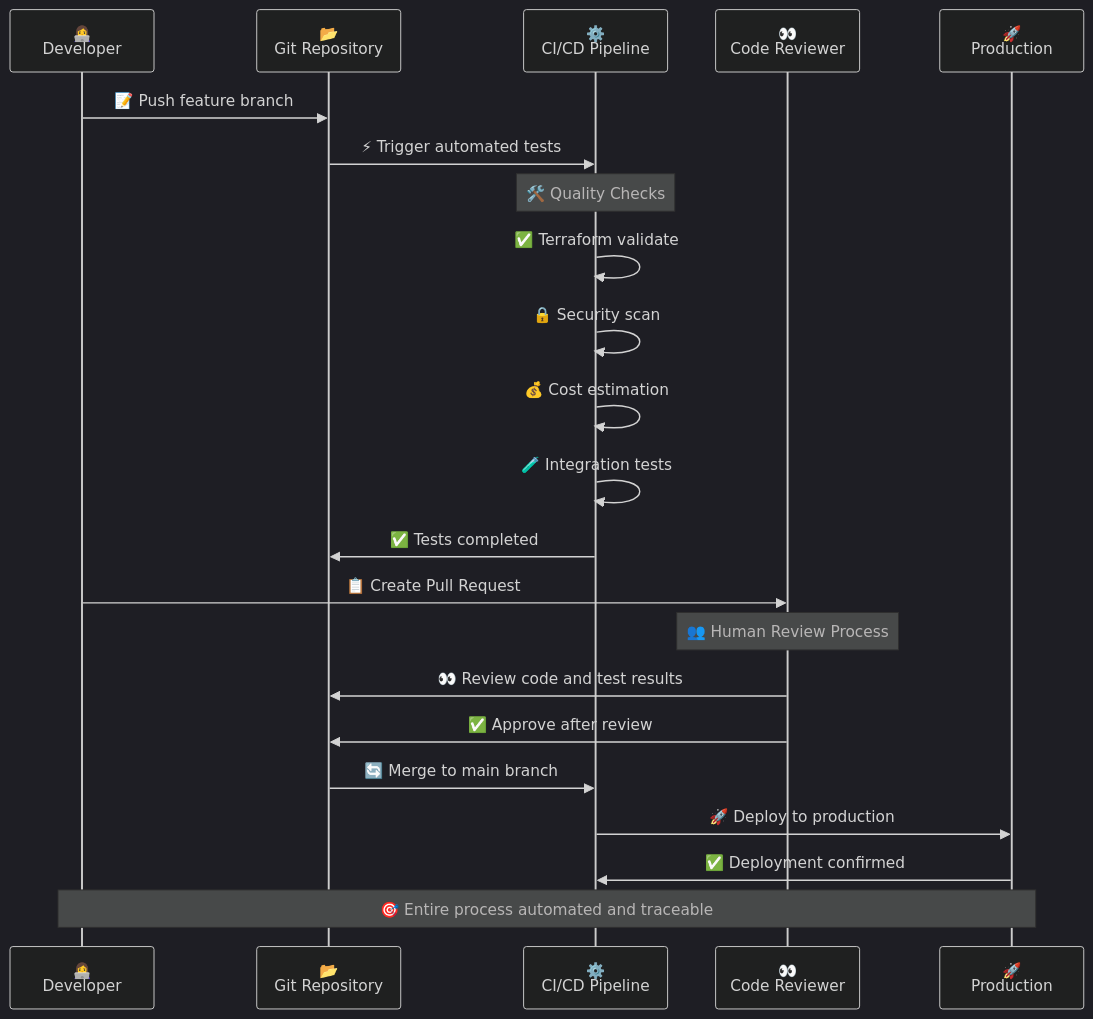
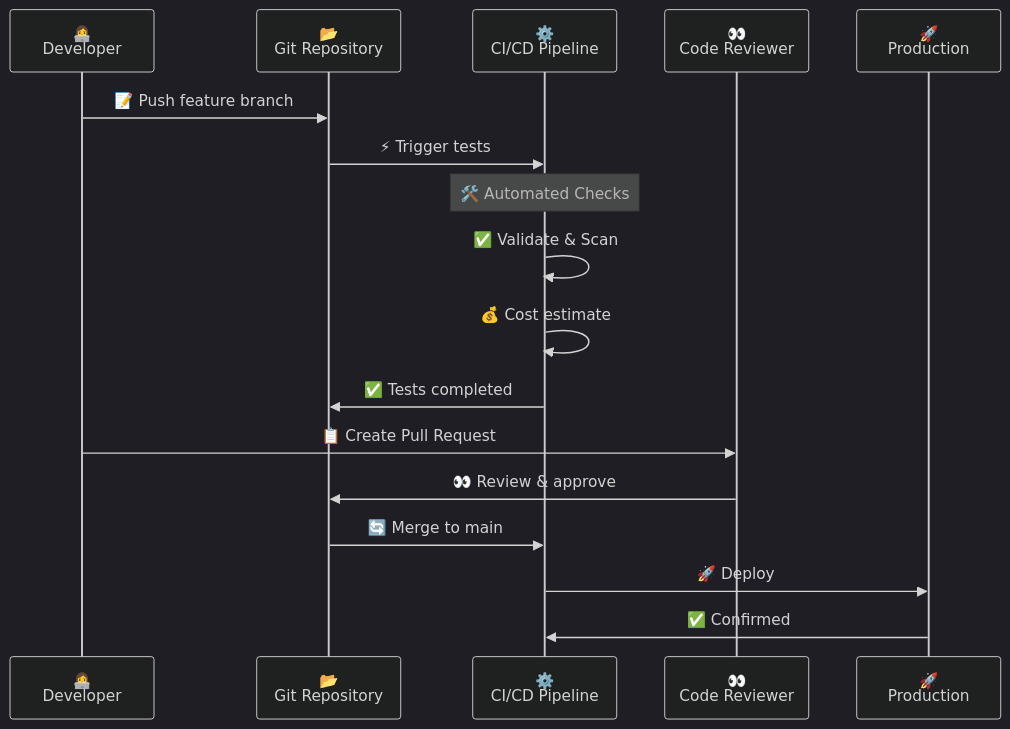
The diagram in docs/images/code_review_sequence.mmd (Geonitab/architecture_as_code), drawn with Mermaid (dark theme) before and after one commit. The commit also changed 36 other files, not shown here.

Commit message:
Split large diagrams to meet 15-element limit

```diff
--- a/docs/images/code_review_sequence.mmd
+++ b/docs/images/code_review_sequence.mmd
@@ -1,28 +1,22 @@
 sequenceDiagram
     participant Dev as 👩‍💻<br/>Developer
     participant Git as 📂<br/>Git Repository
     participant CI as ⚙️<br/>CI/CD Pipeline
     participant Rev as 👀<br/>Code Reviewer
     participant Prod as 🚀<br/>Production
     
     Dev->>Git: 📝 Push feature branch
-    Git->>CI: ⚡ Trigger automated tests
+    Git->>CI: ⚡ Trigger tests
     
-    Note over CI: 🛠️ Quality Checks
-    CI->>CI: ✅ Terraform validate
-    CI->>CI: 🔒 Security scan
-    CI->>CI: 💰 Cost estimation
-    CI->>CI: 🧪 Integration tests
+    Note over CI: 🛠️ Automated Checks
+    CI->>CI: ✅ Validate & Scan
+    CI->>CI: 💰 Cost estimate
     
     CI->>Git: ✅ Tests completed
     Dev->>Rev: 📋 Create Pull Request
     
-    Note over Rev: 👥 Human Review Process
-    Rev->>Git: 👀 Review code and test results
-    Rev->>Git: ✅ Approve after review
+    Rev->>Git: 👀 Review & approve
     
-    Git->>CI: 🔄 Merge to main branch
-    CI->>Prod: 🚀 Deploy to production
-    Prod->>CI: ✅ Deployment confirmed
-    
-    Note over Dev,Prod: 🎯 Entire process automated and traceable
+    Git->>CI: 🔄 Merge to main
+    CI->>Prod: 🚀 Deploy
+    Prod->>CI: ✅ Confirmed
```
